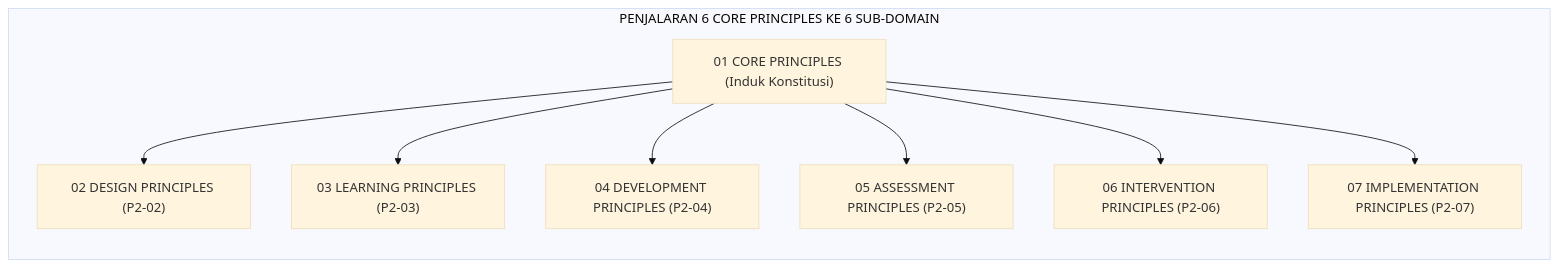
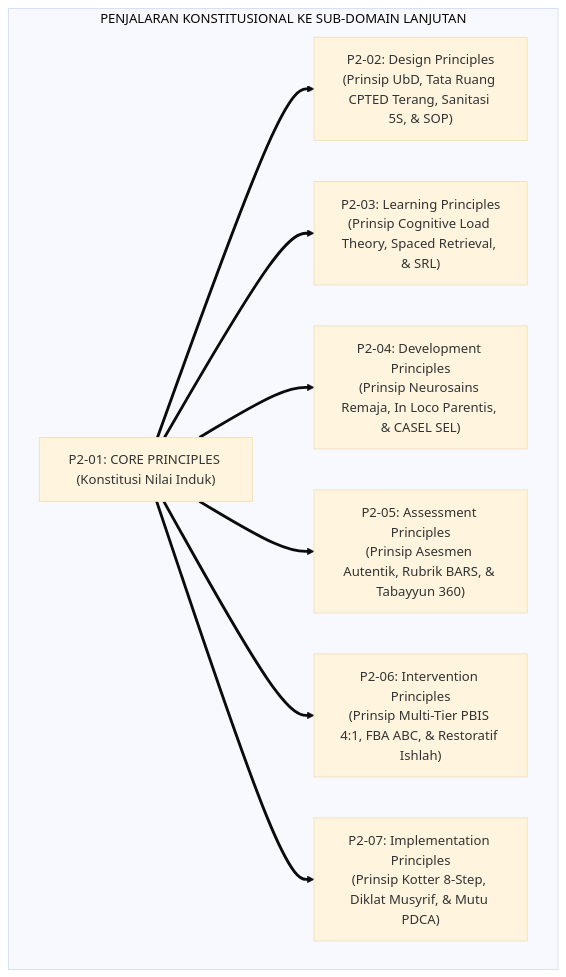
One commit to wandiapriliyandi/tumbuh changed the third of 3 diagrams in 02 Principles/01 Core Principles/P2-01-Prinsip-Utama-TUMBUH.md. Above: the diagram before and after it, drawn with Mermaid (base theme). The commit also changed other lines of this file and 7 other files, not shown here.

Commit message:
docs(principles): reconstruct all 01 Core Principles monographs to pure academic standard

````diff
--- a/02 Principles/01 Core Principles/P2-01-Prinsip-Utama-TUMBUH.md
+++ b/02 Principles/01 Core Principles/P2-01-Prinsip-Utama-TUMBUH.md
@@ -138,13 +171,13 @@
 ```mermaid
-graph LR
-    subgraph PenjalaranSubDomain["PENJALARAN 6 CORE PRINCIPLES KE 6 SUB-DOMAIN"]
-        CP["01 CORE PRINCIPLES (Induk Konstitusi)"]
+flowchart TD
+    subgraph PenjalaranPrinsipKeLanjutan["PENJALARAN KONSTITUSIONAL KE SUB-DOMAIN LANJUTAN"]
+        CoreMaster["P2-01: CORE PRINCIPLES (Konstitusi Nilai Induk)"]
         
-        CP --> DP["02 DESIGN PRINCIPLES (P2-02)"]
-        CP --> LP["03 LEARNING PRINCIPLES (P2-03)"]
-        CP --> DevP["04 DEVELOPMENT PRINCIPLES (P2-04)"]
-        CP --> AP["05 ASSESSMENT PRINCIPLES (P2-05)"]
-        CP --> IP["06 INTERVENTION PRINCIPLES (P2-06)"]
-        CP --> ImpP["07 IMPLEMENTATION PRINCIPLES (P2-07)"]
+        CoreMaster ==> P2_02["P2-02: Design Principles<br/>(Prinsip UbD, Tata Ruang CPTED Terang, Sanitasi 5S, & SOP)"]
+        CoreMaster ==> P2_03["P2-03: Learning Principles<br/>(Prinsip Cognitive Load Theory, Spaced Retrieval, & SRL)"]
+        CoreMaster ==> P2_04["P2-04: Development Principles<br/>(Prinsip Neurosains Remaja, In Loco Parentis, & CASEL SEL)"]
+        CoreMaster ==> P2_05["P2-05: Assessment Principles<br/>(Prinsip Asesmen Autentik, Rubrik BARS, & Tabayyun 360)"]
+        CoreMaster ==> P2_06["P2-06: Intervention Principles<br/>(Prinsip Multi-Tier PBIS 4:1, FBA ABC, & Restoratif Ishlah)"]
+        CoreMaster ==> P2_07["P2-07: Implementation Principles<br/>(Prinsip Kotter 8-Step, Diklat Musyrif, & Mutu PDCA)"]
     end
 ```
````
